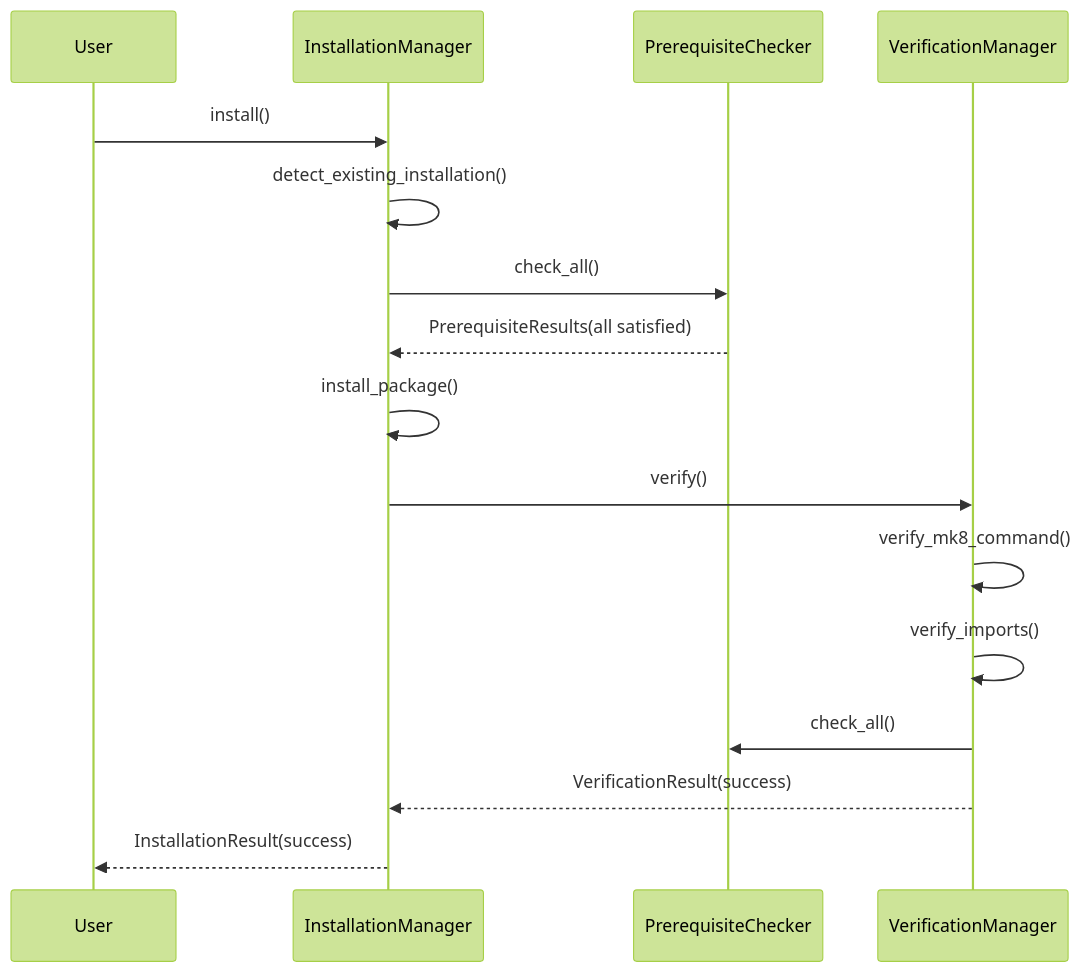
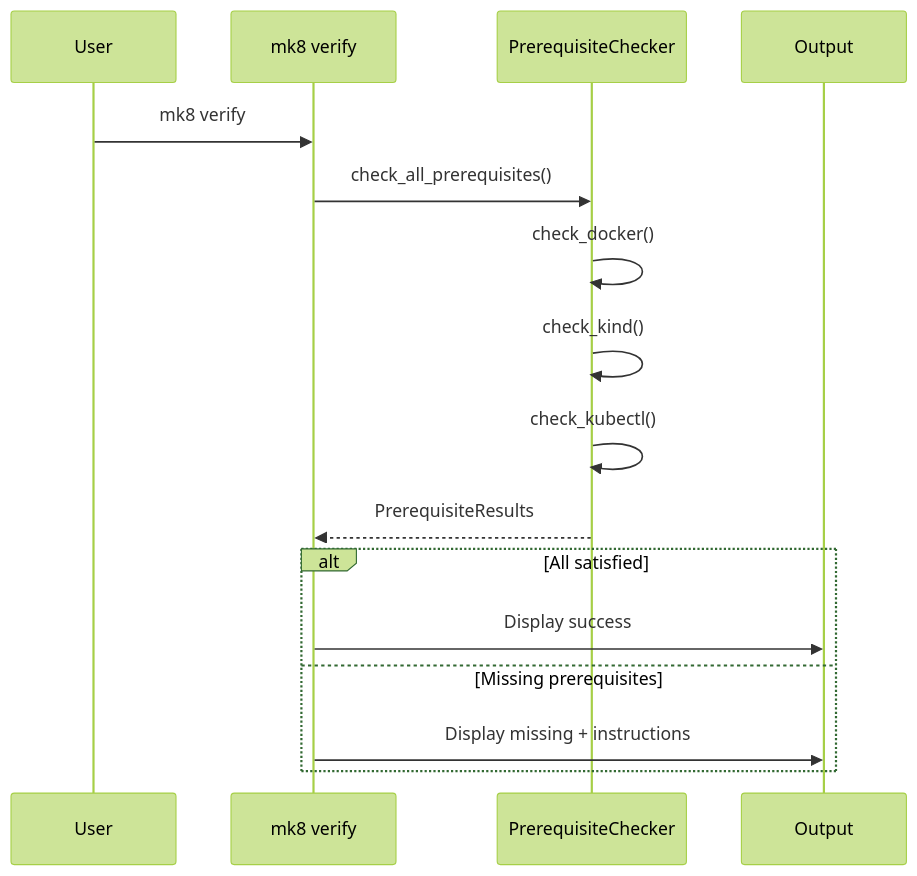
Before and after one commit to lago-morph/ai-k8s: the second of 2 diagrams in .claude/specs/installer/design.md, drawn with Mermaid (forest theme). The commit also changed other lines of this file and 6 other files, not shown here.

````diff
--- a/.claude/specs/installer/design.md
+++ b/.claude/specs/installer/design.md
@@ -962,19 +46,20 @@
 ```mermaid
 sequenceDiagram
-    participant U as User
-    participant IM as InstallationManager
+    participant User
+    participant Verify as mk8 verify
     participant PC as PrerequisiteChecker
-    participant VM as VerificationManager
+    participant Output
 
-    U->>IM: install()
-    IM->>IM: detect_existing_installation()
-    IM->>PC: check_all()
-    PC-->>IM: PrerequisiteResults(all satisfied)
-    IM->>IM: install_package()
-    IM->>VM: verify()
-    VM->>VM: verify_mk8_command()
-    VM->>VM: verify_imports()
-    VM->>PC: check_all()
-    VM-->>IM: VerificationResult(success)
-    IM-->>U: InstallationResult(success)
+    User->>Verify: mk8 verify
+    Verify->>PC: check_all_prerequisites()
+    PC->>PC: check_docker()
+    PC->>PC: check_kind()
+    PC->>PC: check_kubectl()
+    PC-->>Verify: PrerequisiteResults
+
+    alt All satisfied
+        Verify->>Output: Display success
+    else Missing prerequisites
+        Verify->>Output: Display missing + instructions
+    end
 ```
````
